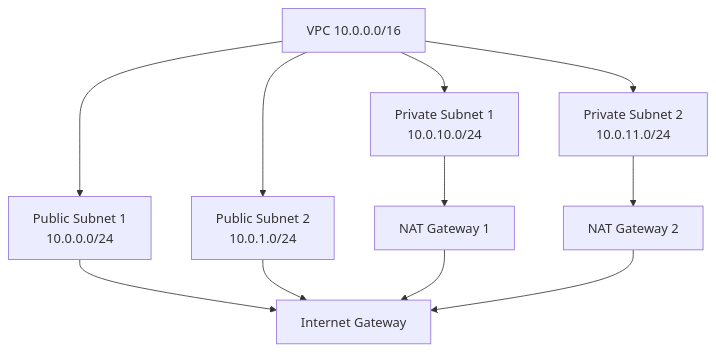
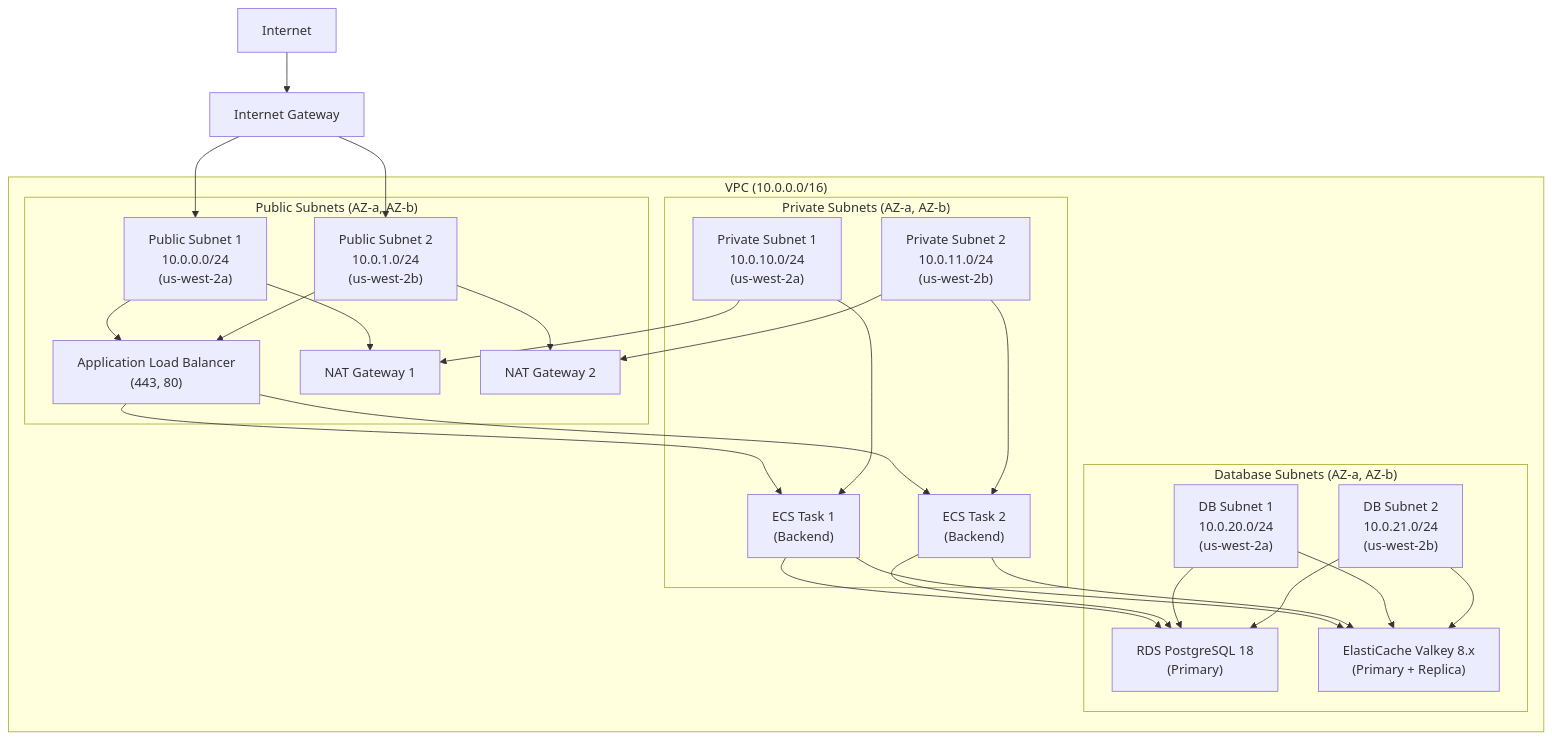
Before and after one commit to 5010-dev/sage-docs: the second of 3 diagrams in docs/technical/infrastructure-spec.md, drawn with Mermaid. The commit also changed other lines of this file and 8 other files, not shown here.

````diff
--- a/docs/technical/infrastructure-spec.md
+++ b/docs/technical/infrastructure-spec.md
@@ -455,16 +480,53 @@
 ```mermaid
-graph TD
-    A[VPC 10.0.0.0/16] --> B[Public Subnet 1<br/>10.0.0.0/24]
-    A --> C[Public Subnet 2<br/>10.0.1.0/24]
-    A --> D[Private Subnet 1<br/>10.0.10.0/24]
-    A --> E[Private Subnet 2<br/>10.0.11.0/24]
+graph TB
+    subgraph VPC["VPC (10.0.0.0/16)"]
+        subgraph PublicSubnets["Public Subnets (AZ-a, AZ-b)"]
+            PubSub1["Public Subnet 1<br/>10.0.0.0/24<br/>(us-west-2a)"]
+            PubSub2["Public Subnet 2<br/>10.0.1.0/24<br/>(us-west-2b)"]
+            ALB["Application Load Balancer<br/>(443, 80)"]
+            NAT1["NAT Gateway 1"]
+            NAT2["NAT Gateway 2"]
+        end
 
-    B --> F[Internet Gateway]
-    C --> F
+        subgraph PrivateSubnets["Private Subnets (AZ-a, AZ-b)"]
+            PrivSub1["Private Subnet 1<br/>10.0.10.0/24<br/>(us-west-2a)"]
+            PrivSub2["Private Subnet 2<br/>10.0.11.0/24<br/>(us-west-2b)"]
+            ECS1["ECS Task 1<br/>(Backend)"]
+            ECS2["ECS Task 2<br/>(Backend)"]
+        end
 
-    D --> G[NAT Gateway 1]
-    E --> H[NAT Gateway 2]
+        subgraph DatabaseSubnets["Database Subnets (AZ-a, AZ-b)"]
+            DBSub1["DB Subnet 1<br/>10.0.20.0/24<br/>(us-west-2a)"]
+            DBSub2["DB Subnet 2<br/>10.0.21.0/24<br/>(us-west-2b)"]
+            RDS["RDS PostgreSQL 18<br/>(Primary)"]
+            Valkey["ElastiCache Valkey 8.x<br/>(Primary + Replica)"]
+        end
+    end
 
-    G --> F
-    H --> F
+    Internet["Internet"] --> IGW["Internet Gateway"]
+    IGW --> PubSub1
+    IGW --> PubSub2
+
+    PubSub1 --> NAT1
+    PubSub2 --> NAT2
+    PubSub1 --> ALB
+    PubSub2 --> ALB
+
+    ALB --> ECS1
+    ALB --> ECS2
+
+    PrivSub1 --> NAT1
+    PrivSub2 --> NAT2
+    PrivSub1 --> ECS1
+    PrivSub2 --> ECS2
+
+    ECS1 --> RDS
+    ECS2 --> RDS
+    ECS1 --> Valkey
+    ECS2 --> Valkey
+
+    DBSub1 --> RDS
+    DBSub2 --> RDS
+    DBSub1 --> Valkey
+    DBSub2 --> Valkey
 ```
````
